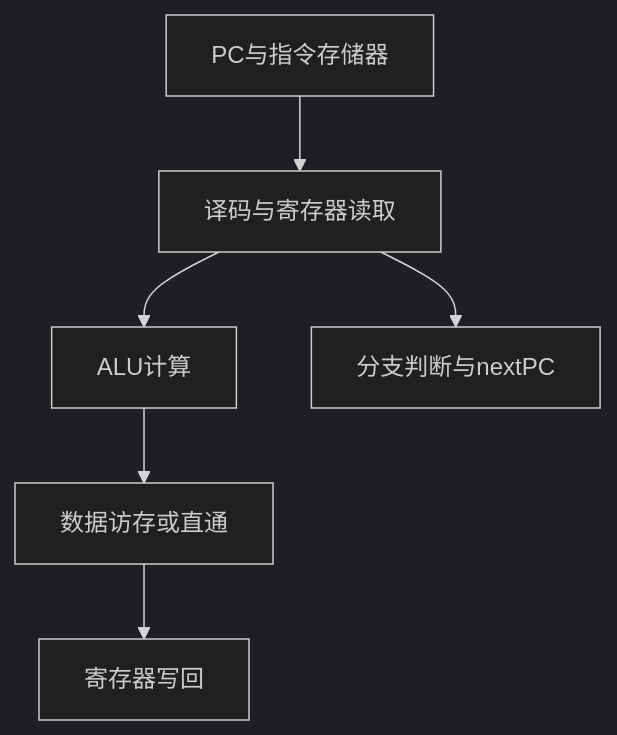
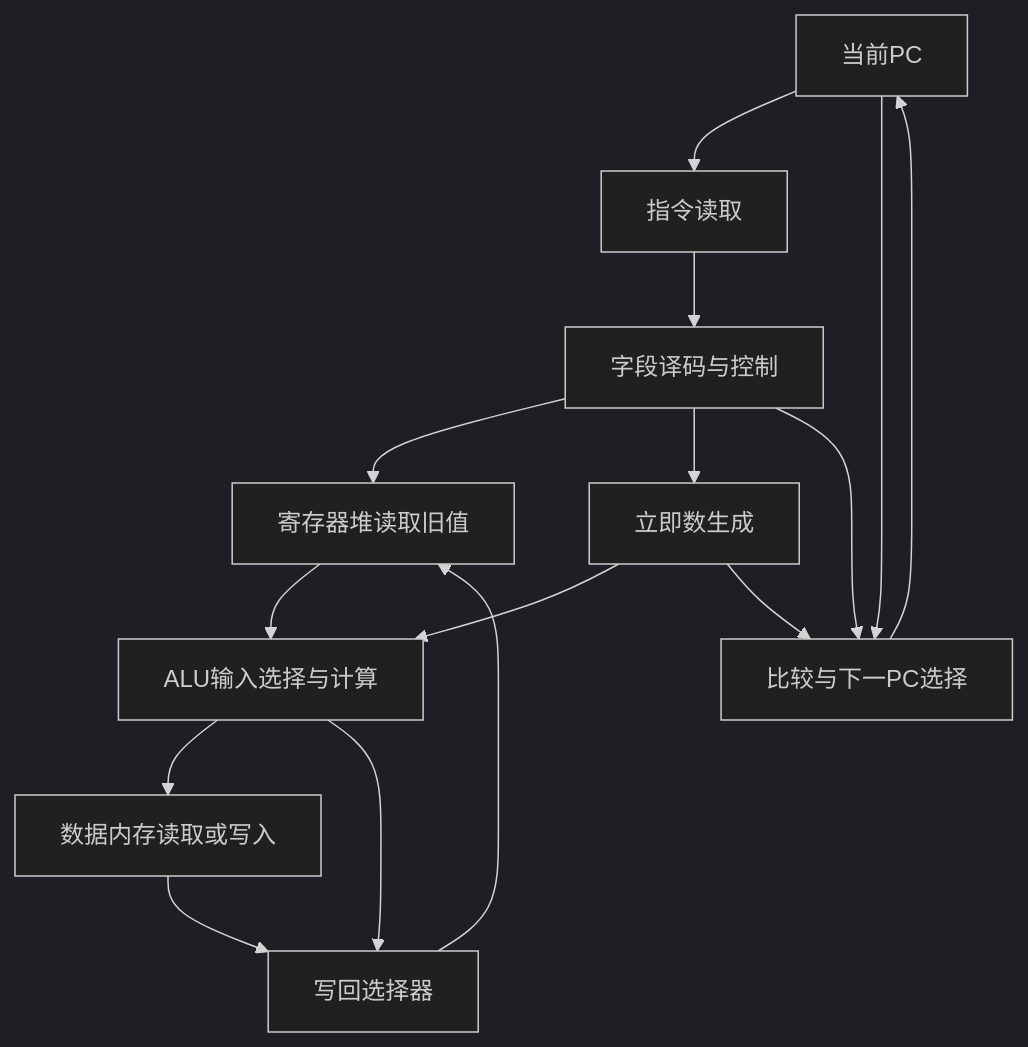
Before and after one commit to Lumner/zhixu: the diagram in content/computer-organization-riscv/source/19-单周期CPU数据通路.md, drawn with Mermaid (dark theme). The commit also changed other lines of this file and 633 other files, not shown here.

````diff
--- a/content/computer-organization-riscv/source/19-单周期CPU数据通路.md
+++ b/content/computer-organization-riscv/source/19-单周期CPU数据通路.md
@@ -21,8 +37,17 @@
 ```mermaid
 flowchart TD
-  A[PC与指令存储器] --> B[译码与寄存器读取]
-  B --> C[ALU计算]
-  C --> D[数据访存或直通]
-  D --> E[寄存器写回]
-  B --> F[分支判断与nextPC]
+  P[当前PC] --> I[指令读取]
+  I --> D[字段译码与控制]
+  D --> R[寄存器堆读取旧值]
+  D --> G[立即数生成]
+  R --> A[ALU输入选择与计算]
+  G --> A
+  A --> M[数据内存读取或写入]
+  A --> W[写回选择器]
+  M --> W
+  W --> R
+  D --> N[比较与下一PC选择]
+  P --> N
+  G --> N
+  N --> P
 ```
````
